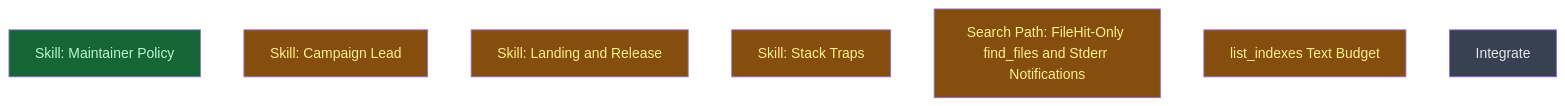
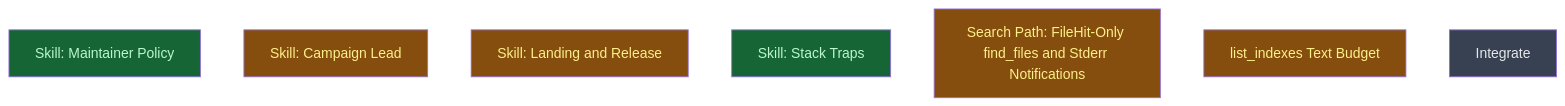
One commit to CrackingShells/colgrep-mcp changed the diagram in __roadmap__/dev_plugin/README.md. Above: the diagram before and after it, drawn with Mermaid. The commit also changed other lines of this file, not shown here.

Commit message:
docs(roadmap): mark skill_stack_traps done

````diff
--- a/__roadmap__/dev_plugin/README.md
+++ b/__roadmap__/dev_plugin/README.md
@@ -33,15 +33,15 @@
 ```mermaid
 graph TD
     skill_policy[Skill: Maintainer Policy]:::done
     skill_campaign_lead[Skill: Campaign Lead]:::inprogress
     skill_landing_release[Skill: Landing and Release]:::inprogress
-    skill_stack_traps[Skill: Stack Traps]:::inprogress
+    skill_stack_traps[Skill: Stack Traps]:::done
     search_path[Search Path: FileHit-Only find_files and Stderr Notifications]:::inprogress
     list_indexes_budget[list_indexes Text Budget]:::inprogress
     integrate[Integrate]:::planned
     classDef done       fill:#166534,color:#bbf7d0
     classDef inprogress fill:#854d0e,color:#fef08a
     classDef planned    fill:#374151,color:#e5e7eb
     classDef amendment  fill:#1e3a5f,color:#bfdbfe
     classDef blocked    fill:#7f1d1d,color:#fecaca
 ```
````
